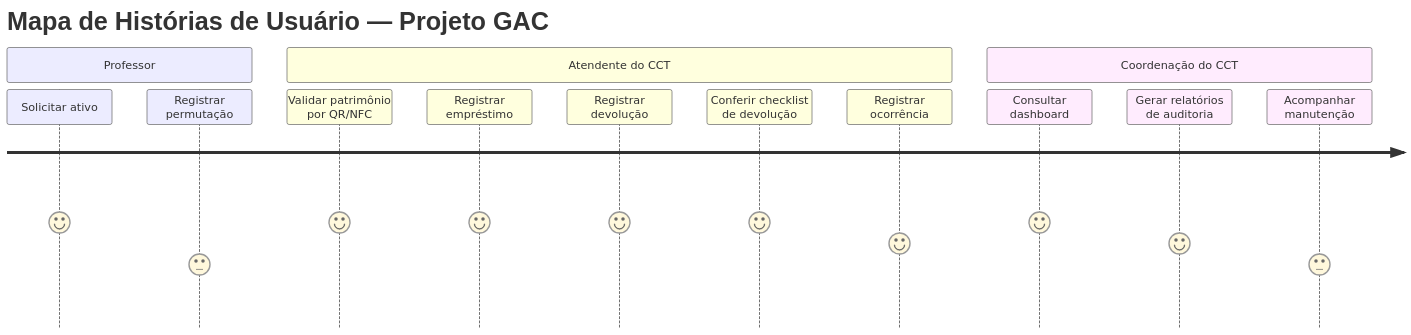
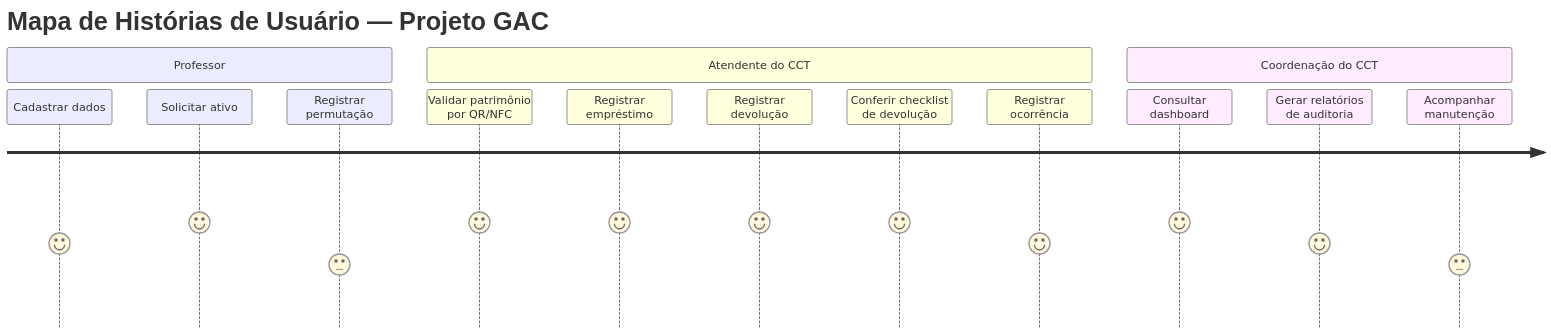
Before and after one commit to wanessadev/requisitos-2026--GAC--manitos: the fourth of 4 diagrams in Nova pasta/visao-demanda-gac.md, drawn with Mermaid. The commit also changed other lines of this file, not shown here.

````diff
--- a/Nova pasta/visao-demanda-gac.md
+++ b/Nova pasta/visao-demanda-gac.md
@@ -388,17 +401,18 @@
 ```mermaid
 journey
     title Mapa de Histórias de Usuário — Projeto GAC
     section Professor
+      Cadastrar dados: 4
       Solicitar ativo: 5
       Registrar permutação: 3
     section Atendente do CCT
       Validar patrimônio por QR/NFC: 5
       Registrar empréstimo: 5
       Registrar devolução: 5
       Conferir checklist de devolução: 5
       Registrar ocorrência: 4
     section Coordenação do CCT
       Consultar dashboard: 5
       Gerar relatórios de auditoria: 4
       Acompanhar manutenção: 3
 ```
````
